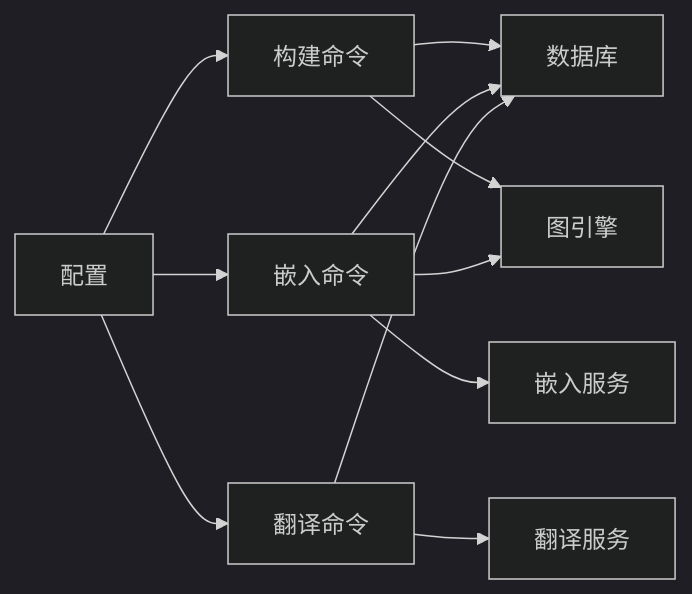
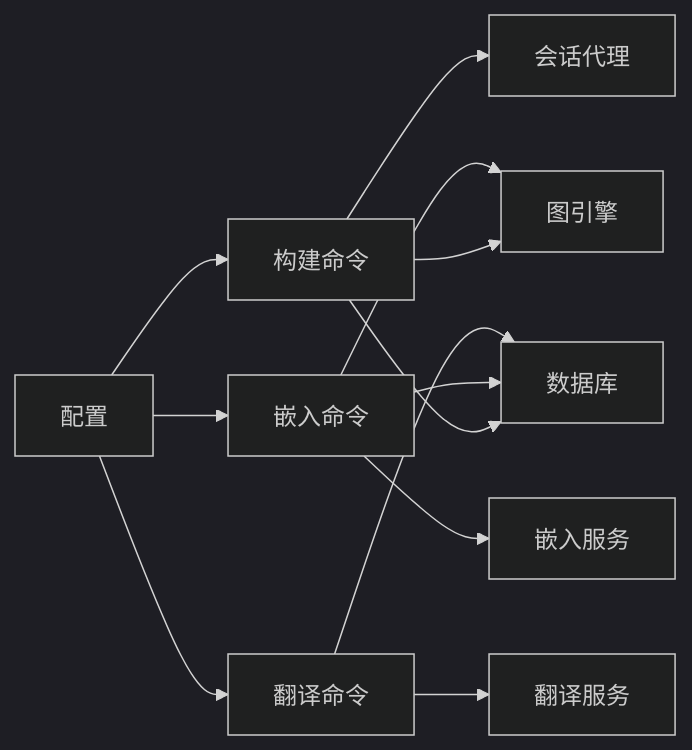
One commit to UynajGI/drbrain changed the sixth of 6 diagrams in .qoder/repowiki/zh/content/CLI 命令参考/知识构建命令.md. Above: the diagram before and after it, drawn with Mermaid (dark theme). The commit also changed other lines of this file and 7 other files, not shown here.

First line of the commit message:
docs: 同步 Session Agent 集成到文档和记忆

````diff
--- a/.qoder/repowiki/zh/content/CLI 命令参考/知识构建命令.md
+++ b/.qoder/repowiki/zh/content/CLI 命令参考/知识构建命令.md
@@ -291,13 +337,14 @@
 ```mermaid
 graph LR
 Build["构建命令"] --> DB["数据库"]
 Build --> Graph["图引擎"]
+Build --> SessionAgent["会话代理"]
 Embed["嵌入命令"] --> DB
 Embed --> Graph
 Embed --> EmbedSvc["嵌入服务"]
 Translate["翻译命令"] --> TranslateSvc["翻译服务"]
 Translate --> DB
 Config["配置"] --> Build
 Config --> Embed
 Config --> Translate
 ```
````
